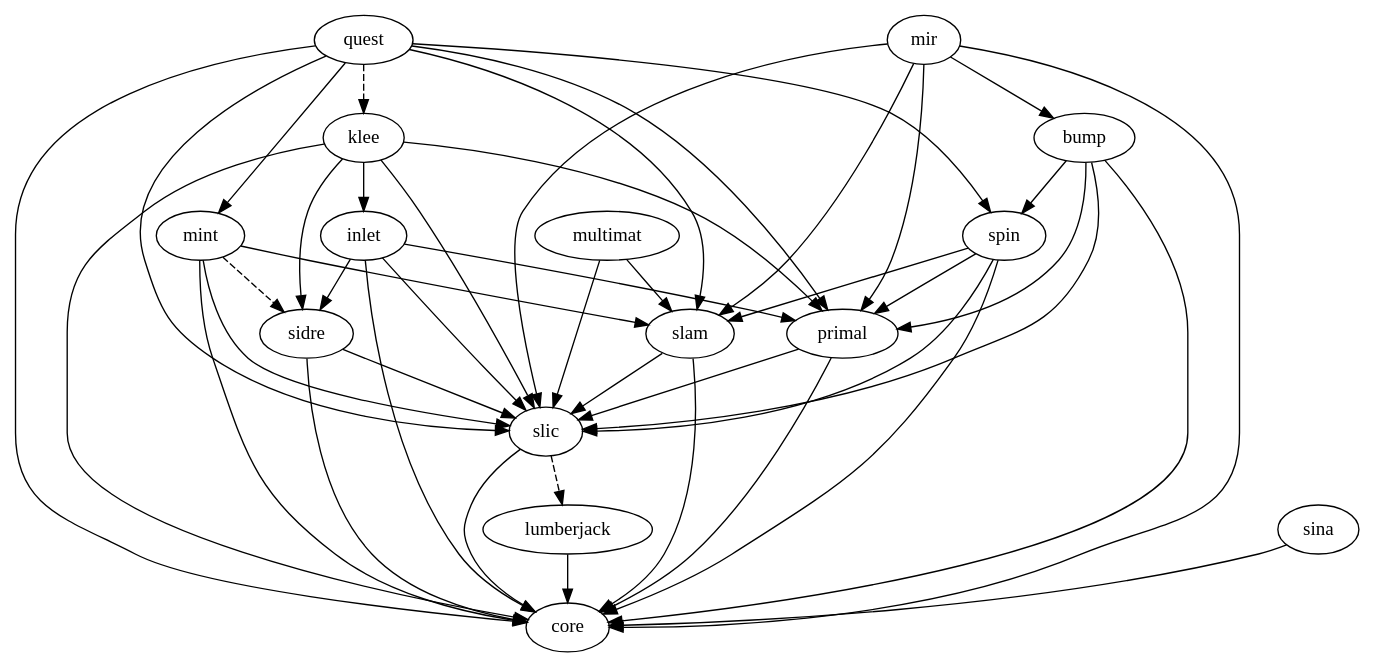
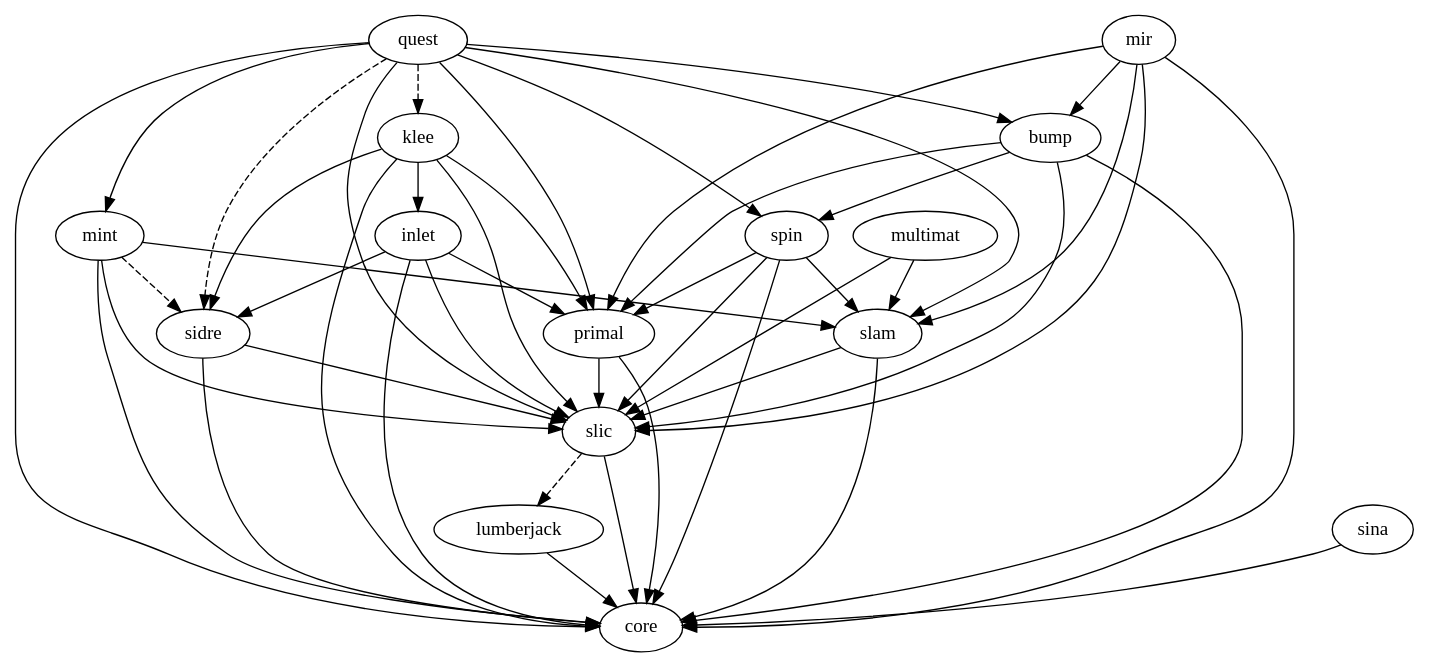
The diagram in src/docs/dependencies.dot (llnl/axom), drawn with Graphviz before and after one commit. The commit also changed 1 other file, not shown here.

```diff
--- a/src/docs/dependencies.dot
+++ b/src/docs/dependencies.dot
@@ -1,17 +1,17 @@
 digraph dependencies {
-  quest -> {slam primal mint spin};
-  quest -> klee [style="dashed"];
+  quest -> {bump slam primal mint spin};
+  quest -> {klee sidre} [style="dashed"];
   {inlet klee mint primal quest slam spin sidre} -> {slic core};
   mint -> slam
   mint -> sidre [style="dashed"];
   mir -> {bump slic core slam primal};
   multimat -> {slic slam};
   spin -> {slam primal};
   sina -> {core};
   slic -> core;
   slic -> lumberjack [style="dashed"];
   lumberjack -> core;
   inlet -> {sidre primal};
   klee -> {sidre primal inlet};
   bump -> {core slic spin primal};
 }
```
